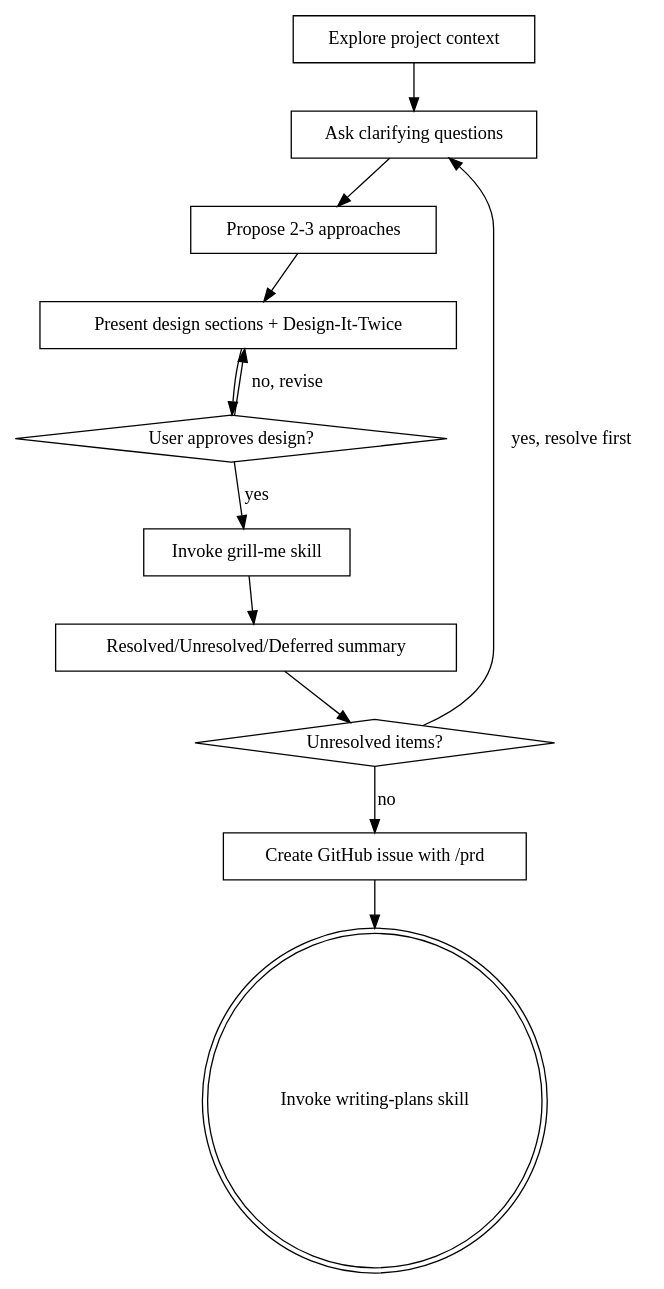
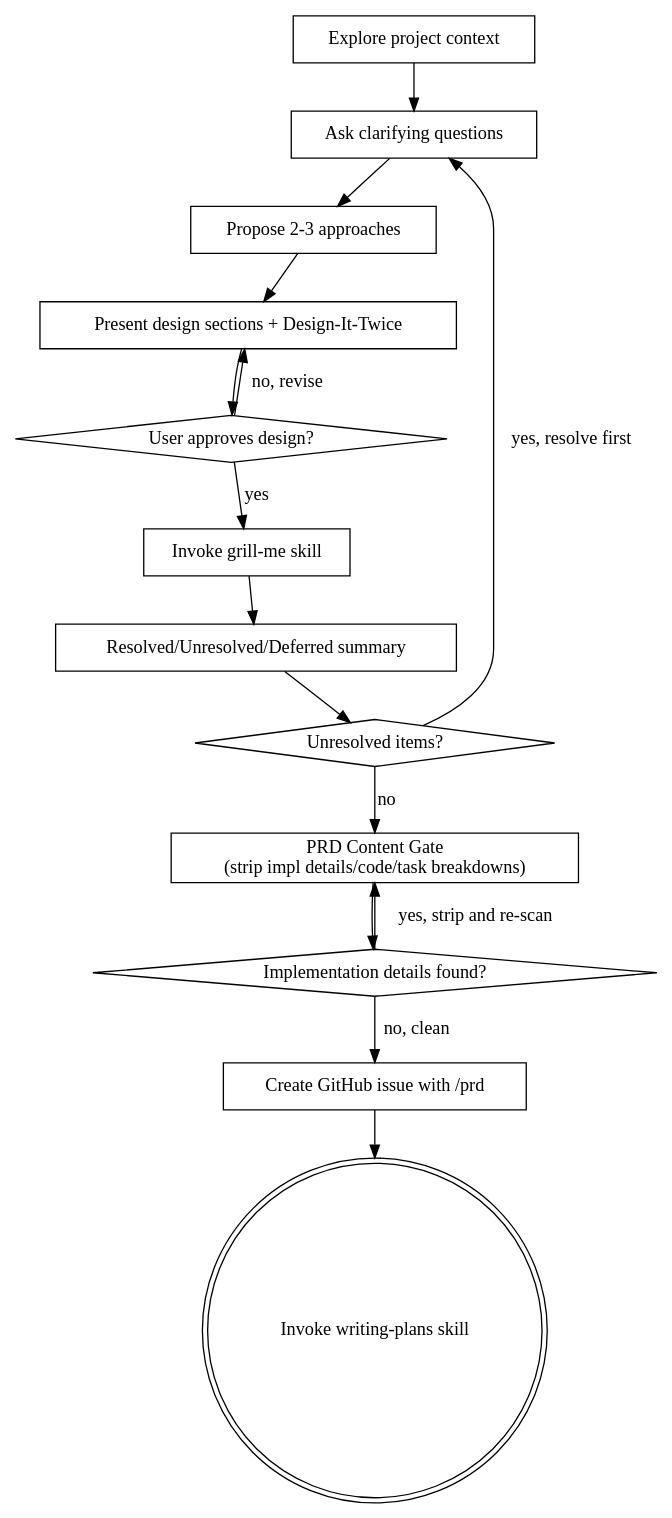
The diagram in .claude/skills/brainstorming/SKILL.md (MatthieuGagne/gmb-nuke-raider), drawn with Graphviz before and after one commit. The commit also changed other lines of this file and 2 other files, not shown here.

````diff
--- a/.claude/skills/brainstorming/SKILL.md
+++ b/.claude/skills/brainstorming/SKILL.md
@@ -57,26 +64,31 @@
 ```dot
 digraph brainstorming {
     "Explore project context" [shape=box];
     "Ask clarifying questions" [shape=box];
     "Propose 2-3 approaches" [shape=box];
     "Present design sections + Design-It-Twice" [shape=box];
     "User approves design?" [shape=diamond];
     "Create GitHub issue with /prd" [shape=box];
     "Invoke writing-plans skill" [shape=doublecircle];
 
     "Explore project context" -> "Ask clarifying questions";
     "Ask clarifying questions" -> "Propose 2-3 approaches";
     "Propose 2-3 approaches" -> "Present design sections + Design-It-Twice";
     "Present design sections + Design-It-Twice" -> "User approves design?";
     "User approves design?" -> "Present design sections + Design-It-Twice" [label="no, revise"];
     "User approves design?" -> "Invoke grill-me skill" [label="yes"];
     "Invoke grill-me skill" [shape=box];
     "Invoke grill-me skill" -> "Resolved/Unresolved/Deferred summary";
     "Resolved/Unresolved/Deferred summary" [shape=box];
     "Unresolved items?" [shape=diamond];
     "Resolved/Unresolved/Deferred summary" -> "Unresolved items?";
     "Unresolved items?" -> "Ask clarifying questions" [label="yes, resolve first"];
-    "Unresolved items?" -> "Create GitHub issue with /prd" [label="no"];
+    "Unresolved items?" -> "PRD Content Gate" [label="no"];
+    "PRD Content Gate" [shape=box label="PRD Content Gate\n(strip impl details/code/task breakdowns)"];
+    "Implementation details found?" [shape=diamond];
+    "PRD Content Gate" -> "Implementation details found?";
+    "Implementation details found?" -> "PRD Content Gate" [label="yes, strip and re-scan"];
+    "Implementation details found?" -> "Create GitHub issue with /prd" [label="no, clean"];
     "Create GitHub issue with /prd" -> "Invoke writing-plans skill";
 }
 ```
````
